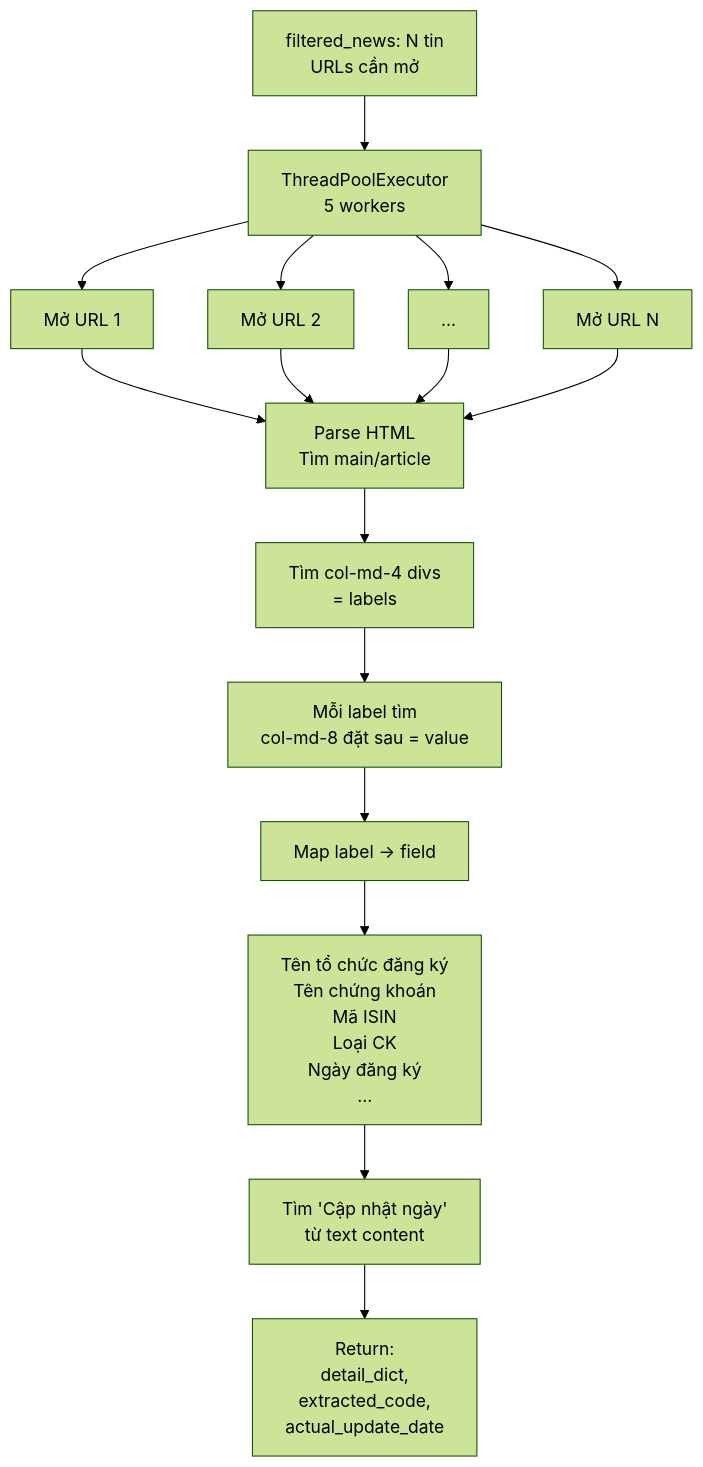
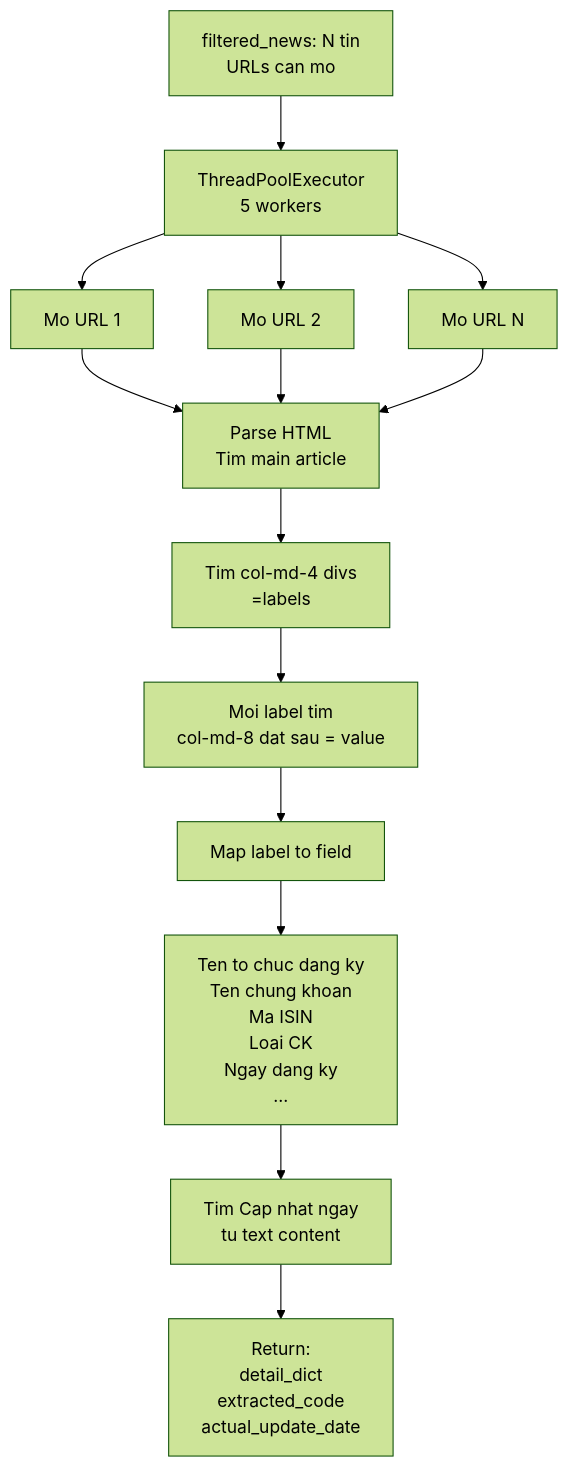
One commit to doanhieu1986/vps-automation-vhck changed the fourth of 5 diagrams in FETCH_VSD_LOGIC.md. Above: the diagram before and after it, drawn with Mermaid (forest theme). The commit also changed other lines of this file, not shown here.

Commit message:
update flow_id

````diff
--- a/FETCH_VSD_LOGIC.md
+++ b/FETCH_VSD_LOGIC.md
@@ -141,24 +141,22 @@
 ```mermaid
 flowchart TD
-    A["filtered_news: N tin<br/>URLs cần mở"] --> B["ThreadPoolExecutor<br/>5 workers"]
-    B --> C["Mở URL 1"]
-    B --> D["Mở URL 2"]
-    B --> E["..."]
-    B --> F["Mở URL N"]
+    A[filtered_news: N tin<br/>URLs can mo] --> B[ThreadPoolExecutor<br/>5 workers]
+    B --> C[Mo URL 1]
+    B --> D[Mo URL 2]
+    B --> E[Mo URL N]
     
-    C --> G["Parse HTML<br/>Tìm main/article"]
+    C --> G[Parse HTML<br/>Tim main article]
     D --> G
     E --> G
-    F --> G
     
-    G --> H["Tìm col-md-4 divs<br/>= labels"]
-    H --> I["Mỗi label tìm<br/>col-md-8 đặt sau = value"]
+    G --> H[Tim col-md-4 divs<br/>=labels]
+    H --> I[Moi label tim<br/>col-md-8 dat sau = value]
     
-    I --> J["Map label → field"]
+    I --> J[Map label to field]
     
-    J --> K["Tên tổ chức đăng ký<br/>Tên chứng khoán<br/>Mã ISIN<br/>Loại CK<br/>Ngày đăng ký<br/>..."]
+    J --> K[Ten to chuc dang ky<br/>Ten chung khoan<br/>Ma ISIN<br/>Loai CK<br/>Ngay dang ky<br/>...]
     
-    K --> L["Tìm 'Cập nhật ngày'<br/>từ text content"]
+    K --> L[Tim Cap nhat ngay<br/>tu text content]
     
-    L --> M["Return:<br/>detail_dict,<br/>extracted_code,<br/>actual_update_date"]
+    L --> M[Return:<br/>detail_dict<br/>extracted_code<br/>actual_update_date]
 ```
````
